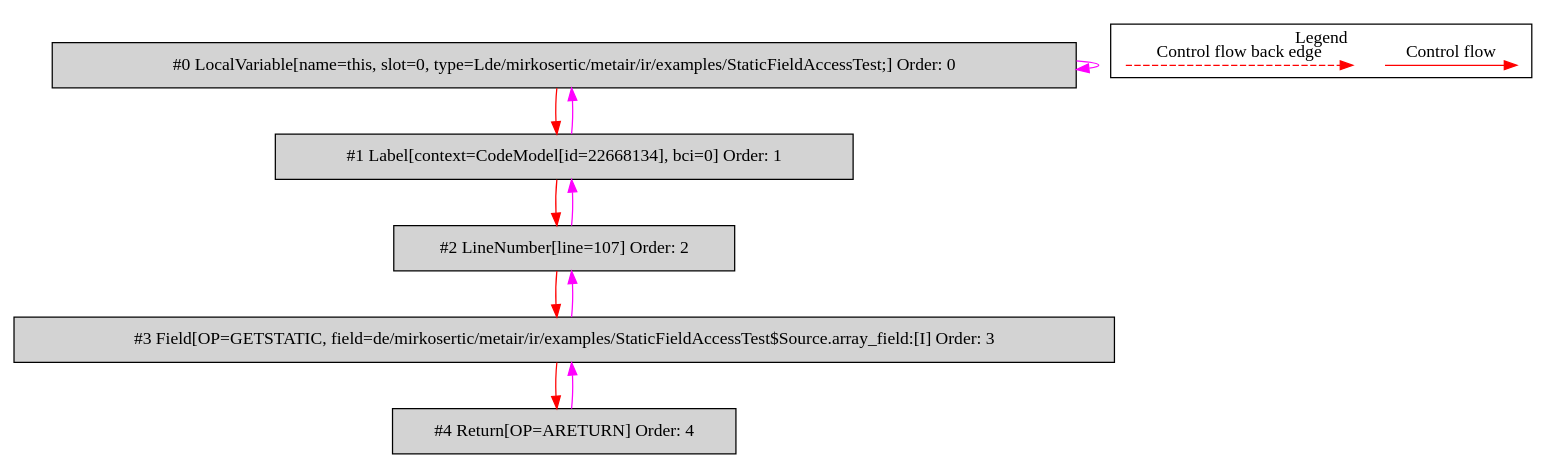
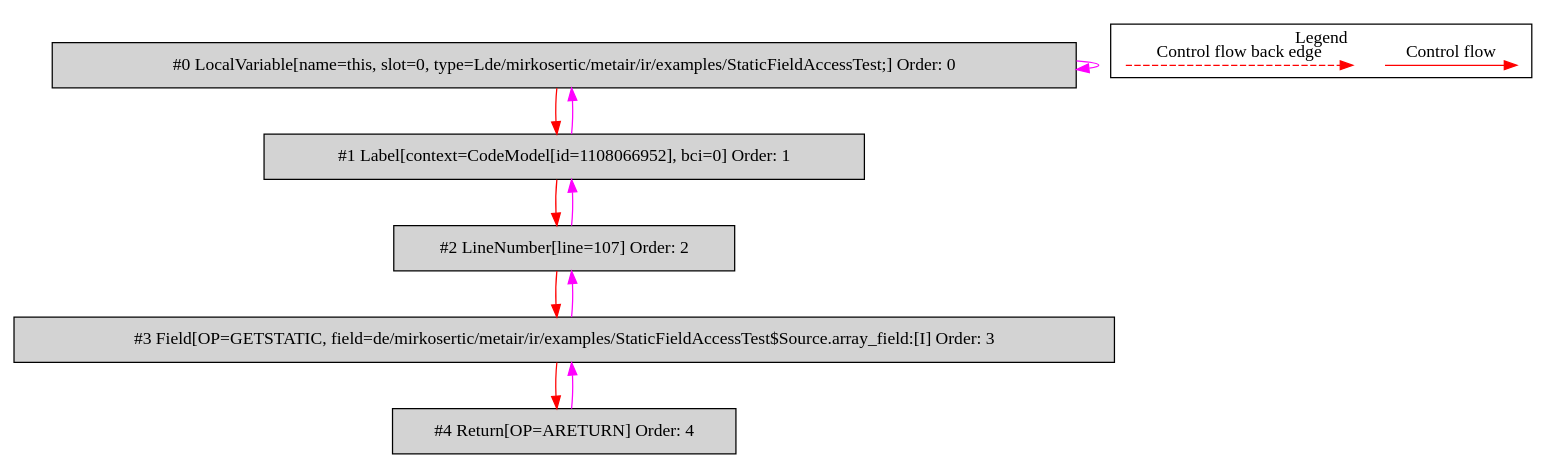
One commit to mirkosertic/MetaIR changed the diagram in de.mirkosertic.metair.ir.examples.StaticFieldAccessTest/return_array/bytecodecfg.dot. Above: the diagram before and after it, drawn with Graphviz. The commit also changed 612 other files, not shown here.

```diff
--- a/de.mirkosertic.metair.ir.examples.StaticFieldAccessTest/return_array/bytecodecfg.dot
+++ b/de.mirkosertic.metair.ir.examples.StaticFieldAccessTest/return_array/bytecodecfg.dot
@@ -1,31 +1,31 @@
 digraph {
  ordering="in";
  node0[label="#0 LocalVariable[name=this, slot=0, type=Lde/mirkosertic/metair/ir/examples/StaticFieldAccessTest;] Order: 0", shape=box, fillcolor=lightgrey, style=filled];
- node1[label="#1 Label[context=CodeModel[id=22668134], bci=0] Order: 1", shape=box, fillcolor=lightgrey, style=filled];
+ node1[label="#1 Label[context=CodeModel[id=1108066952], bci=0] Order: 1", shape=box, fillcolor=lightgrey, style=filled];
  node2[label="#2 LineNumber[line=107] Order: 2", shape=box, fillcolor=lightgrey, style=filled];
  node3[label="#3 Field[OP=GETSTATIC, field=de/mirkosertic/metair/ir/examples/StaticFieldAccessTest$Source.array_field:[I] Order: 3", shape=box, fillcolor=lightgrey, style=filled];
  node4[label="#4 Return[OP=ARETURN] Order: 4", shape=box, fillcolor=lightgrey, style=filled];
  node0 -> node0[color=fuchsia];
  node0 -> node1[color=red];
  node1 -> node0[color=fuchsia];
  node1 -> node2[color=red];
  node2 -> node1[color=fuchsia];
  node2 -> node3[color=red];
  node3 -> node2[color=fuchsia];
  node3 -> node4[color=red];
  node4 -> node3[color=fuchsia];
  subgraph cluster_000 {
   label = "Legend";
   node [shape=point]
   {
    rank=same;
    c0 [style = invis];
    c1 [style = invis];
    c2 [style = invis];
    c3 [style = invis];
   }
   c0 -> c1 [label="Control flow", style=solid, color=red]
   c2 -> c3 [label="Control flow back edge", style=dashed, color=red]
  }
 
 }
```
